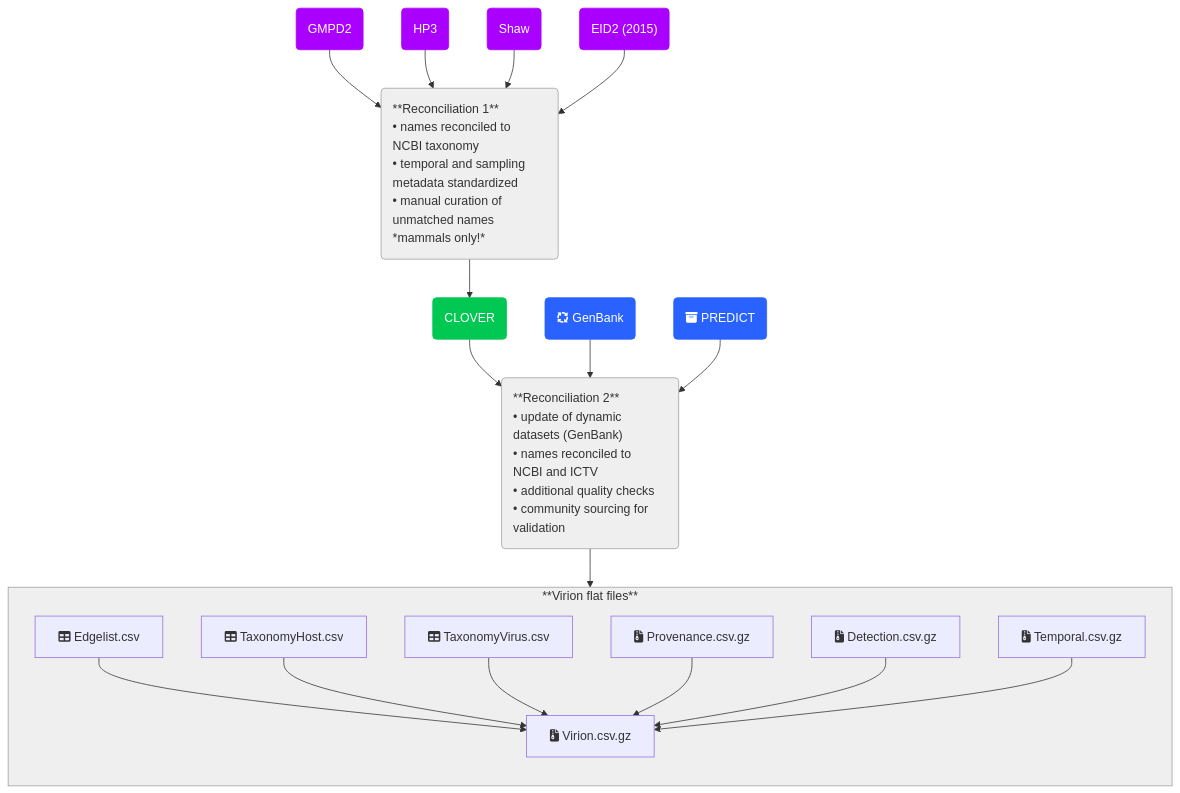
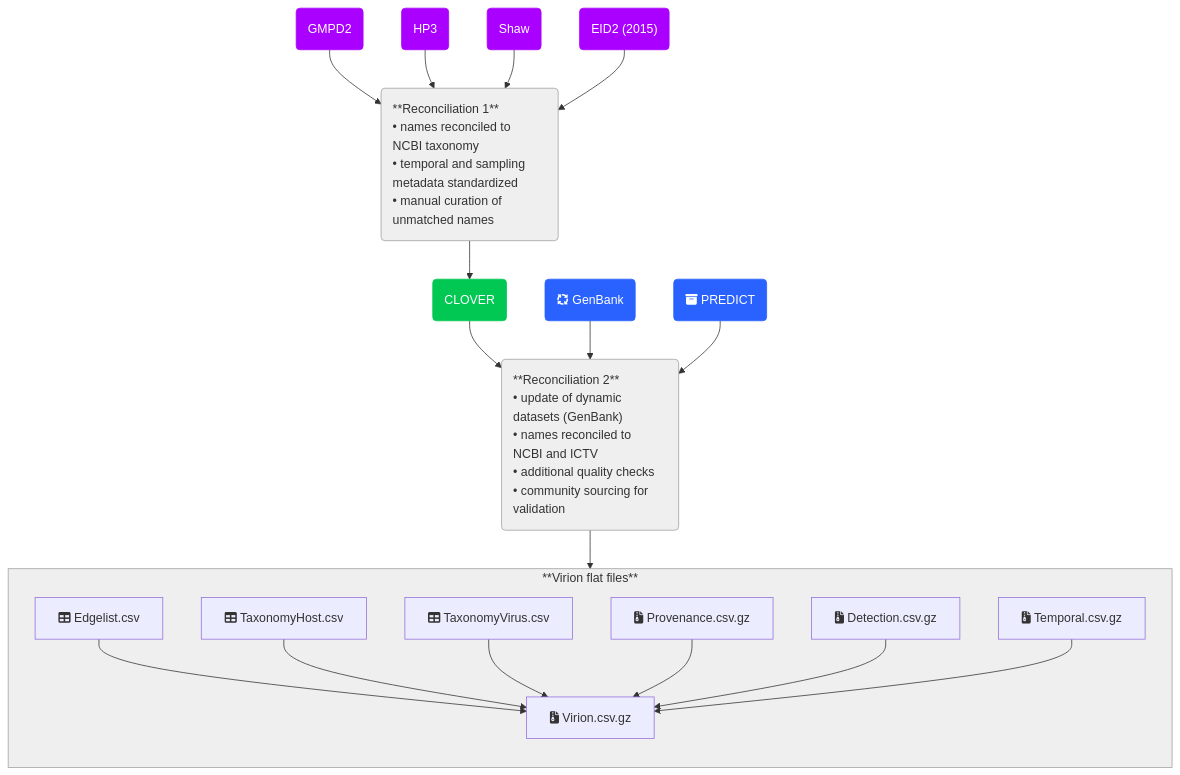
The diagram in README.md (viralemergence/virion), drawn with Mermaid before and after one commit.

````diff
--- a/README.md
+++ b/README.md
@@ -50,78 +50,78 @@
 ```mermaid
 flowchart TB
 
 %% Nodes
     GMPD2("GMPD2")
     HP3("HP3")
     Shaw("Shaw")
     EID2("EID2 (2015)")
 
     RECON1("
 **Reconciliation 1**
 • names reconciled to NCBI taxonomy
 • temporal and sampling metadata standardized
 • manual curation of unmatched names
-*mammals only!*")
+")
 
     style RECON1 text-align:left, fill:#efefef, stroke:#a0a0a0;
     style RECON2 text-align:left, fill:#efefef, stroke:#a0a0a0;
 
     CLOVER("CLOVER")
 
     GenBank("fa:fa-arrows-spin GenBank")
 
     PREDICT("fa:fa-box-archive PREDICT")
 
     RECON2("**Reconciliation 2**
 • update of dynamic datasets (GenBank)
 • names reconciled to NCBI and ICTV
 • additional quality checks
 • community sourcing for validation
 ")
 
 
     subgraph virion[**Virion flat files**]
         Virion["fa:fa-file-zipper Virion.csv.gz"]
         Edgelist["fa:fa-table Edgelist.csv"]
         TaxonomyHost["fa:fa-table TaxonomyHost.csv"]
         TaxonomyVirus["fa:fa-table TaxonomyVirus.csv"]
         Provenance["fa:fa-file-zipper Provenance.csv.gz"]
         Detection["fa:fa-file-zipper Detection.csv.gz"]
         Temporal["fa:fa-file-zipper Temporal.csv.gz"]
         direction TB
         Edgelist --> Virion
         TaxonomyHost --> Virion
         TaxonomyVirus --> Virion
         Provenance --> Virion
         Detection --> Virion
         Temporal --> Virion
     end
 
     style virion stroke:#a0a0a0, fill:#efefef;
 
 %% Edge connections between nodes
     GMPD2 --> RECON1;
     HP3 --> RECON1;
     Shaw --> RECON1;
     EID2 --> RECON1;
     RECON1 --> CLOVER;
 
     CLOVER --> RECON2;
     GenBank --> RECON2;
     PREDICT --> RECON2;
 
     RECON2 --> virion;
 
 %% Individual node styling. Try the visual editor toolbar for easier styling!
     style GMPD2 color:#FFFFFF, fill:#AA00FF, stroke:#AA00FF
     style HP3 color:#FFFFFF, fill:#AA00FF, stroke:#AA00FF
     style Shaw color:#FFFFFF, fill:#AA00FF, stroke:#AA00FF
     style EID2 color:#FFFFFF, fill:#AA00FF, stroke:#AA00FF
 
     style CLOVER color:#FFFFFF, stroke:#00C853, fill:#00C853
 
     style GenBank color:#FFFFFF, stroke:#2962FF, fill:#2962FF
     style PREDICT color:#FFFFFF, stroke:#2962FF, fill:#2962FF
 
 %% You can add notes with two "%" signs in a row!
 ```
````
